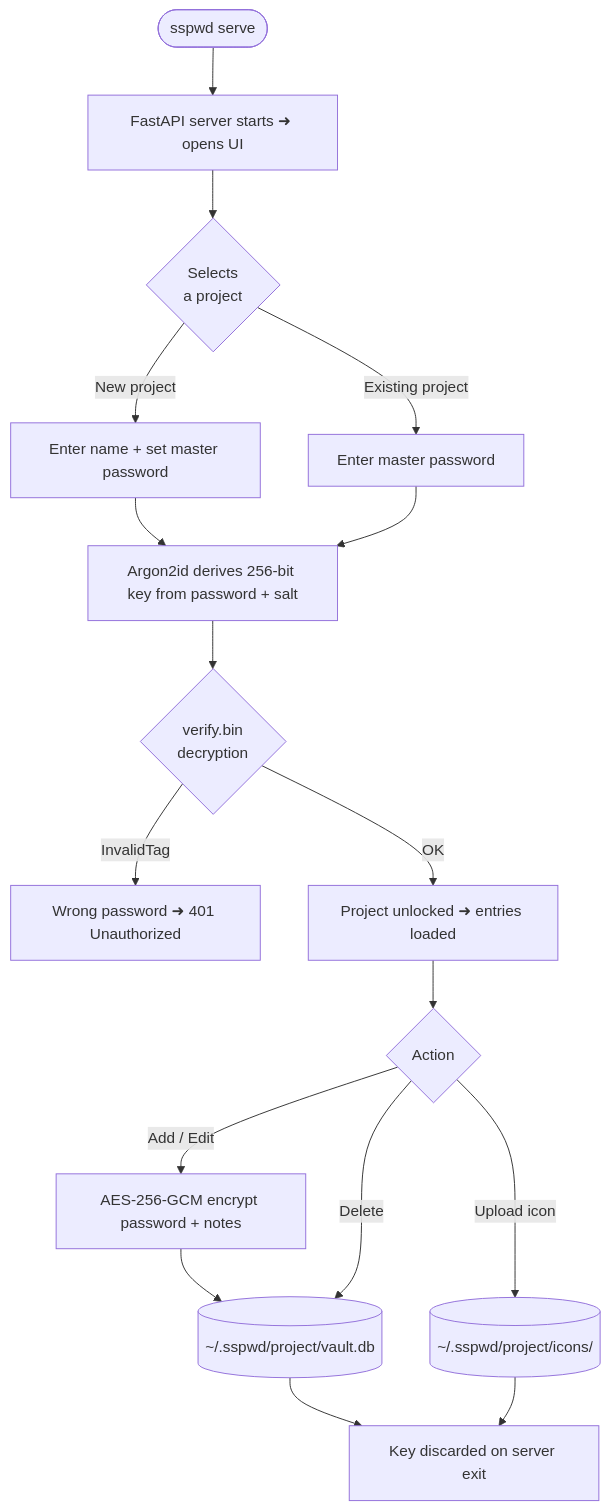
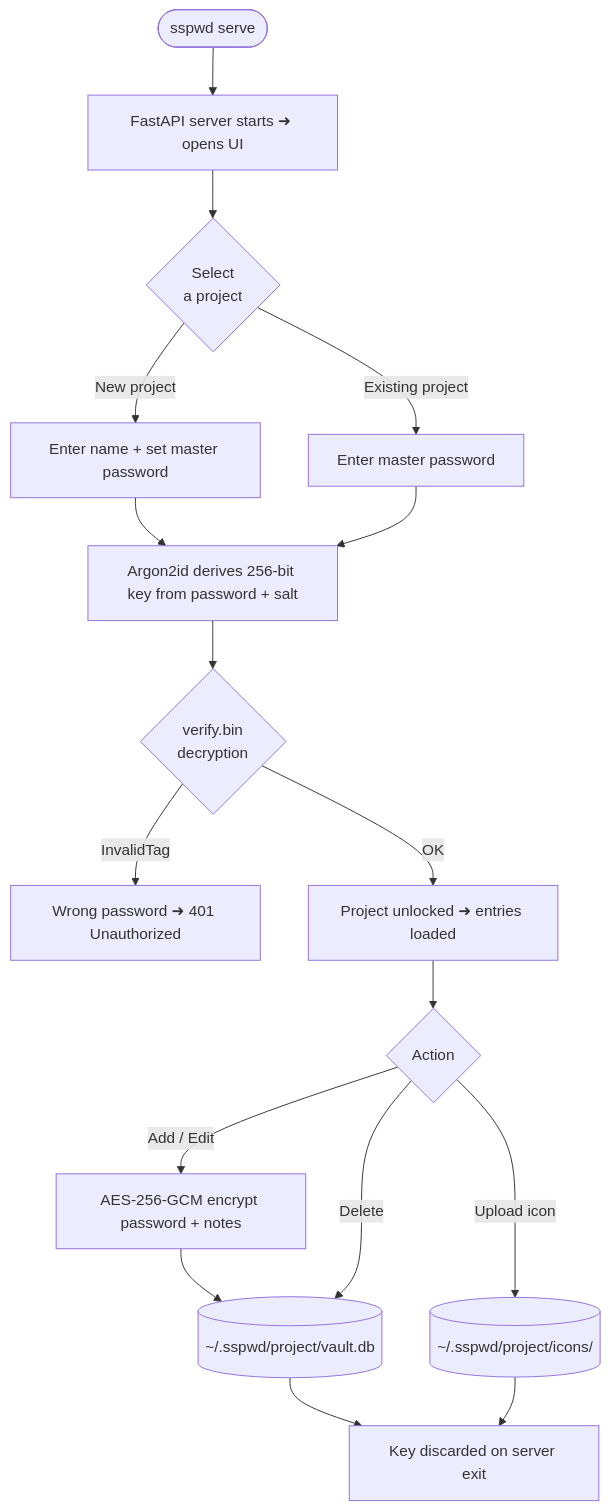
Before and after one commit to yauheniya-ai/sspwd: the diagram in README.md, drawn with Mermaid.

Commit message:
docs: Update flowchart

````diff
--- a/README.md
+++ b/README.md
@@ -96,27 +96,27 @@
 ```mermaid
 flowchart TD
     A([sspwd serve]) --> B[FastAPI server starts ➜ opens UI]
 
-    B --> D{Selects<br>a project}
+    B --> D{Select<br>a project}
 
     D -->|New project| E[Enter name + set master password]
     D -->|Existing project| F[Enter master password]
 
     E --> G[Argon2id derives 256-bit key from password + salt]
     F --> G
 
     G --> H{verify.bin<br>decryption}
     H -->|InvalidTag| I[Wrong password ➜ 401 Unauthorized]
     H -->|OK| J[Project unlocked ➜ entries loaded]
 
     J --> L{Action}
 
     L -->|Add / Edit| M[AES-256-GCM encrypt password + notes]
     M --> N[(~/.sspwd/project/vault.db )]
 
     L -->|Delete| N
     L -->|Upload icon| O[(~/.sspwd/project/icons/)]
 
     N --> P[Key discarded on server exit]
     O --> P
 ```
````
